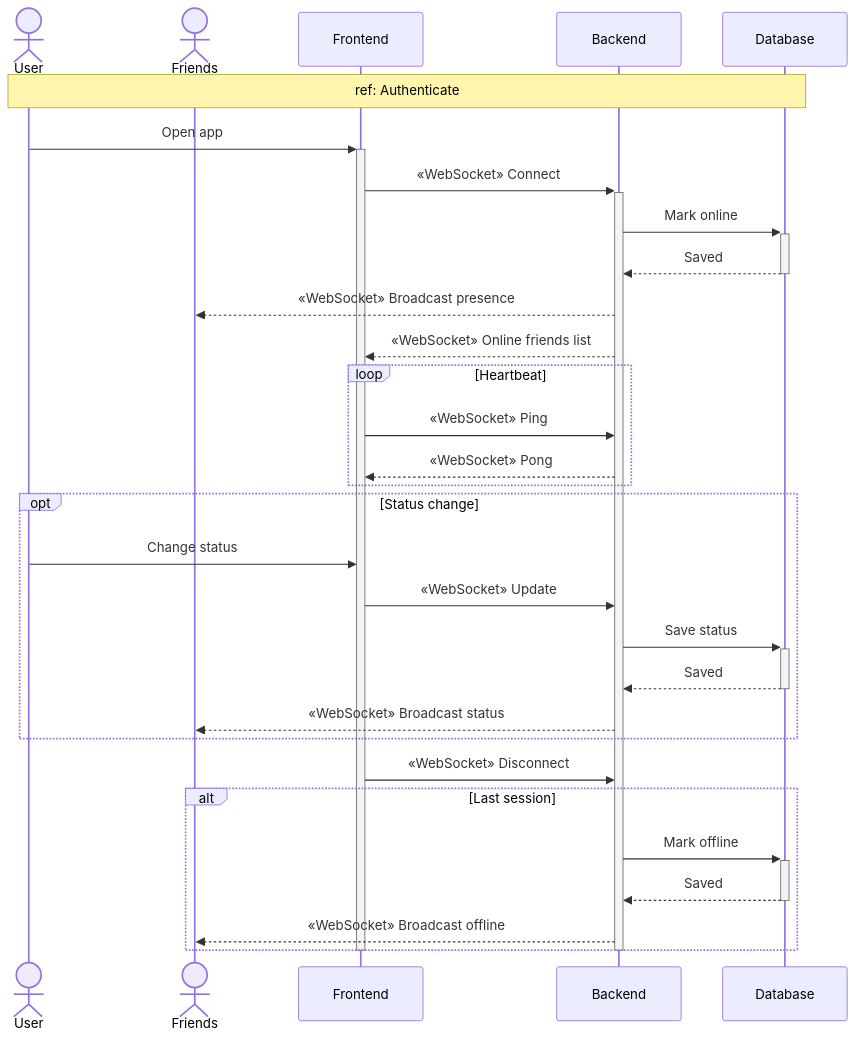
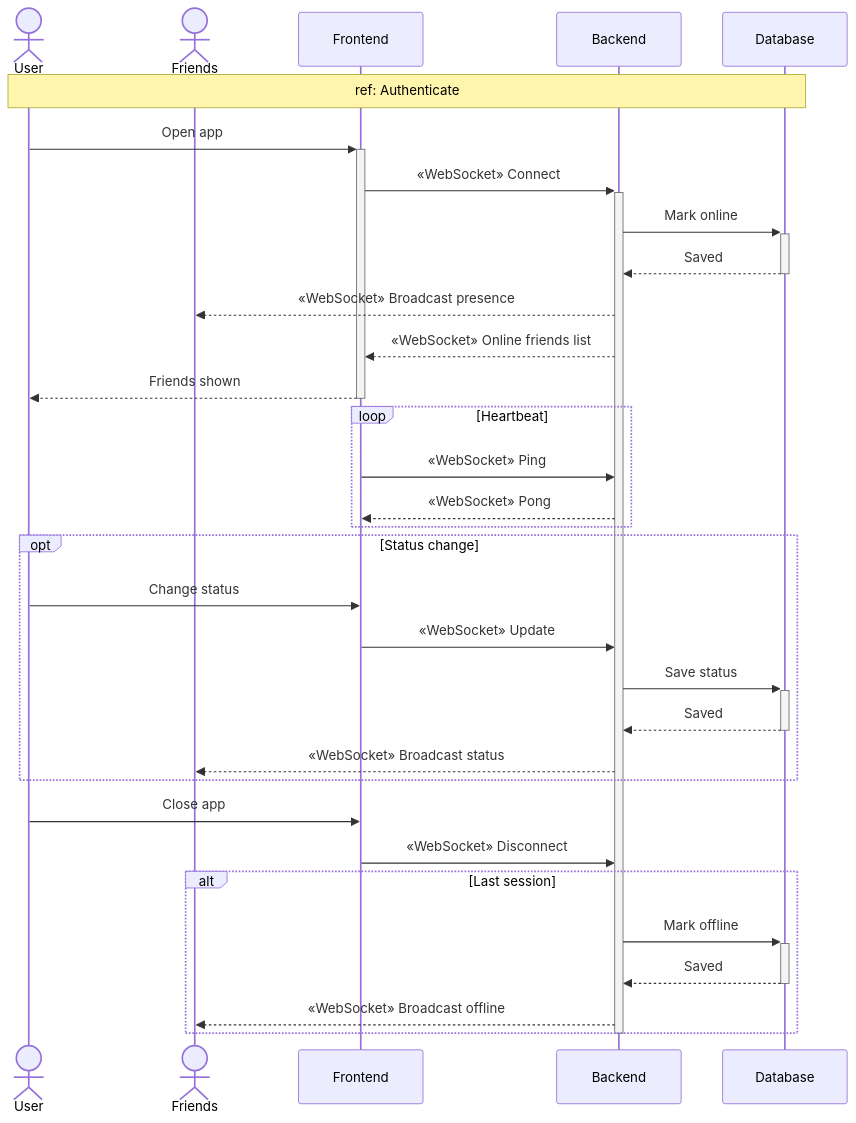
One commit to MohamedChebbi123/teamnest changed diagram 16 of 16 in docs/SEQUENCE_DIAGRAMS.md. Above: the diagram before and after it, drawn with Mermaid. The commit also changed other lines of this file, not shown here.

````diff
--- a/docs/SEQUENCE_DIAGRAMS.md
+++ b/docs/SEQUENCE_DIAGRAMS.md
@@ -546,39 +612,40 @@
 ```mermaid
 sequenceDiagram
     actor User
     actor Friends
     participant FE as Frontend
     participant API as Backend
     participant DB as Database
 
     Note over User,DB: ref: Authenticate
 
     User->>+FE: Open app
     FE->>+API: «WebSocket» Connect
     API->>+DB: Mark online
     DB-->>-API: Saved
     API-->>Friends: «WebSocket» Broadcast presence
     API-->>FE: «WebSocket» Online friends list
+    FE-->>-User: Friends shown
 
     loop Heartbeat
         FE->>API: «WebSocket» Ping
         API-->>FE: «WebSocket» Pong
     end
 
     opt Status change
         User->>FE: Change status
         FE->>API: «WebSocket» Update
         API->>+DB: Save status
         DB-->>-API: Saved
         API-->>Friends: «WebSocket» Broadcast status
     end
 
+    User->>FE: Close app
     FE->>API: «WebSocket» Disconnect
     alt Last session
         API->>+DB: Mark offline
         DB-->>-API: Saved
         API-->>Friends: «WebSocket» Broadcast offline
     end
     deactivate API
-    deactivate FE
 ```
````
